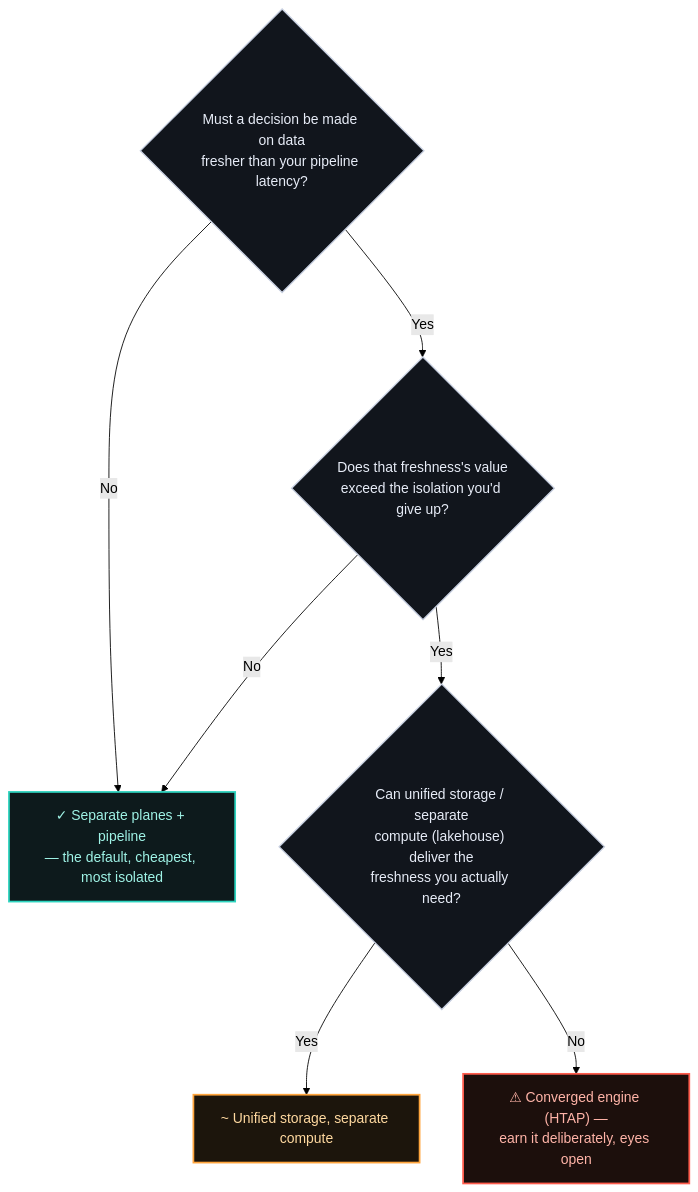
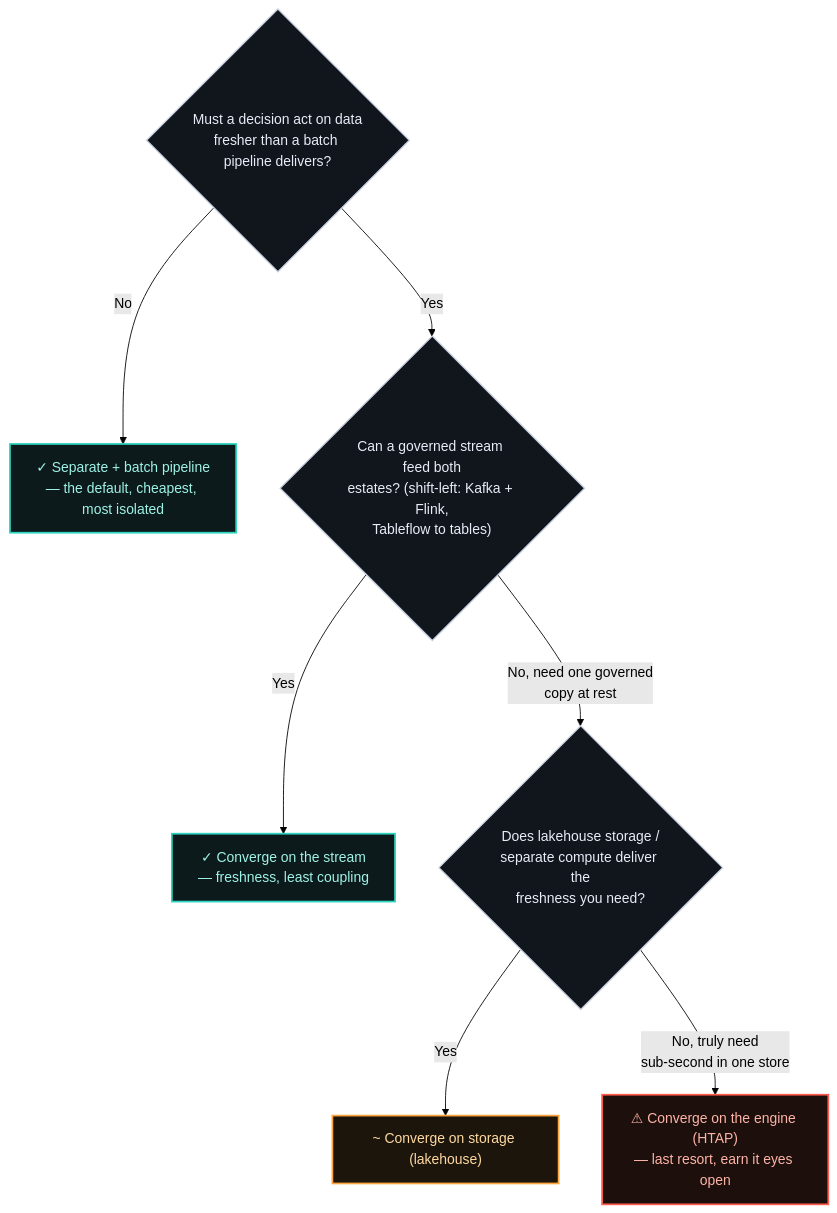
The second of 2 diagrams in adrs/004-operational-vs-analytical-data-planes.md (raghavarora12/engineering-playbook), drawn with Mermaid (forest theme) before and after one commit. The commit also changed other lines of this file and 2 other files, not shown here.

````diff
--- a/adrs/004-operational-vs-analytical-data-planes.md
+++ b/adrs/004-operational-vs-analytical-data-planes.md
@@ -94,19 +143,19 @@
 ```mermaid
 flowchart TD
-    Q1{"Must a decision be made on data<br/>fresher than your pipeline latency?"}
-    Q1 -- No --> SEP2["✓ Separate planes + pipeline<br/>— the default, cheapest, most isolated"]
-    Q1 -- Yes --> Q2{"Does that freshness's value<br/>exceed the isolation you'd give up?"}
-    Q2 -- No --> SEP2
-    Q2 -- Yes --> Q3{"Can unified storage / separate<br/>compute (lakehouse) deliver the<br/>freshness you actually need?"}
-    Q3 -- Yes --> LAKE2["~ Unified storage, separate compute"]
-    Q3 -- No --> CON2["⚠ Converged engine (HTAP) —<br/>earn it deliberately, eyes open"]
+    Q1{"Must a decision act on data<br/>fresher than a batch pipeline delivers?"}
+    Q1 -- No --> SEP2["✓ Separate + batch pipeline<br/>— the default, cheapest, most isolated"]
+    Q1 -- Yes --> Q2{"Can a governed stream feed both<br/>estates? (shift-left: Kafka + Flink,<br/>Tableflow to tables)"}
+    Q2 -- Yes --> STR2["✓ Converge on the stream<br/>— freshness, least coupling"]
+    Q2 -- "No, need one governed<br/>copy at rest" --> Q3{"Does lakehouse storage /<br/>separate compute deliver the<br/>freshness you need?"}
+    Q3 -- Yes --> LAKE2["~ Converge on storage (lakehouse)"]
+    Q3 -- "No, truly need<br/>sub-second in one store" --> CON2["⚠ Converge on the engine (HTAP)<br/>— last resort, earn it eyes open"]
 
     classDef decision fill:#11151c,stroke:#c7cfe0,stroke-width:1.5px,color:#e7ecf7
     classDef good fill:#0d1a1c,stroke:#2dd4bf,stroke-width:2px,color:#9ff3e6
     classDef warn fill:#1c150c,stroke:#ffa53d,stroke-width:2px,color:#ffd9a0
     classDef bad fill:#1c0f0c,stroke:#ff5c4d,stroke-width:2px,color:#ffb4a8
     class Q1,Q2,Q3 decision
-    class SEP2 good
+    class SEP2,STR2 good
     class LAKE2 warn
     class CON2 bad
 ```
````
